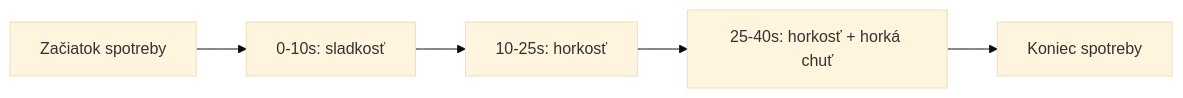
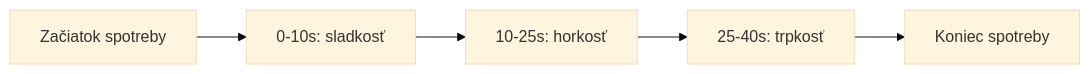
One commit to senzorika/SAP changed the second of 3 diagrams in prezentacie/deskriptivne_profily.qmd. Above: the diagram before and after it, drawn with Mermaid (base theme). The commit also changed other lines of this file and 36 other files, not shown here.

````diff
--- a/prezentacie/deskriptivne_profily.qmd
+++ b/prezentacie/deskriptivne_profily.qmd
@@ -187,7 +191,7 @@
 ```mermaid
 graph LR
     A[Začiatok spotreby] --> B[0-10s: sladkosť]
     B --> C[10-25s: horkosť]
-    C --> D[25-40s: horkosť + horká chuť]
+    C --> D[25-40s: trpkosť]
     D --> E[Koniec spotreby]
 ```
````
